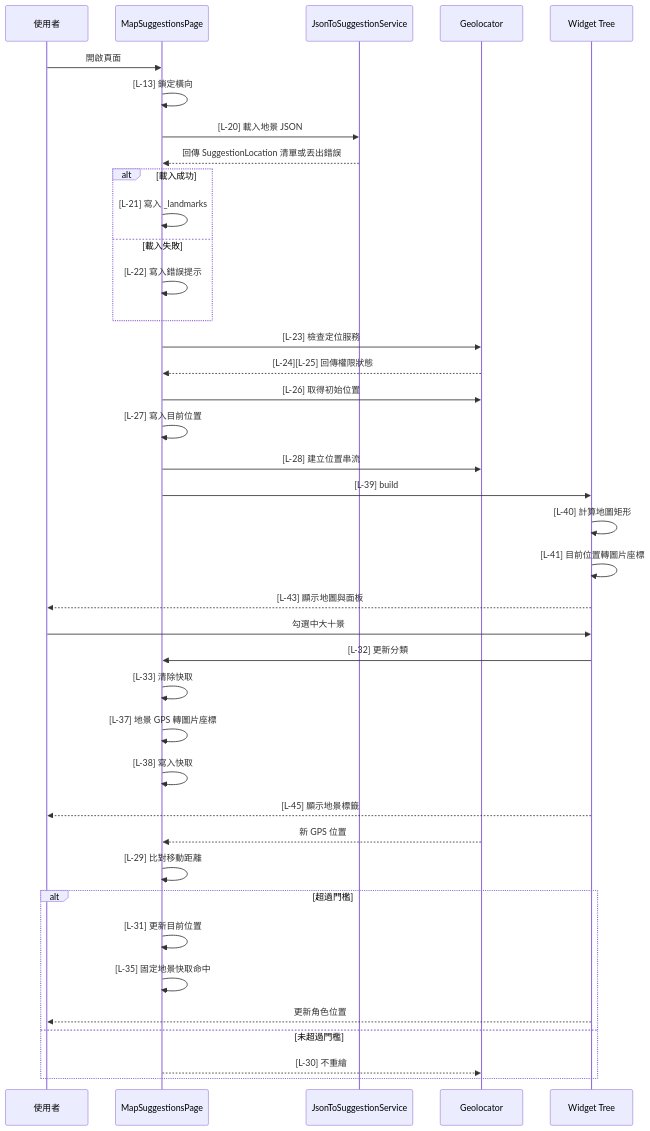
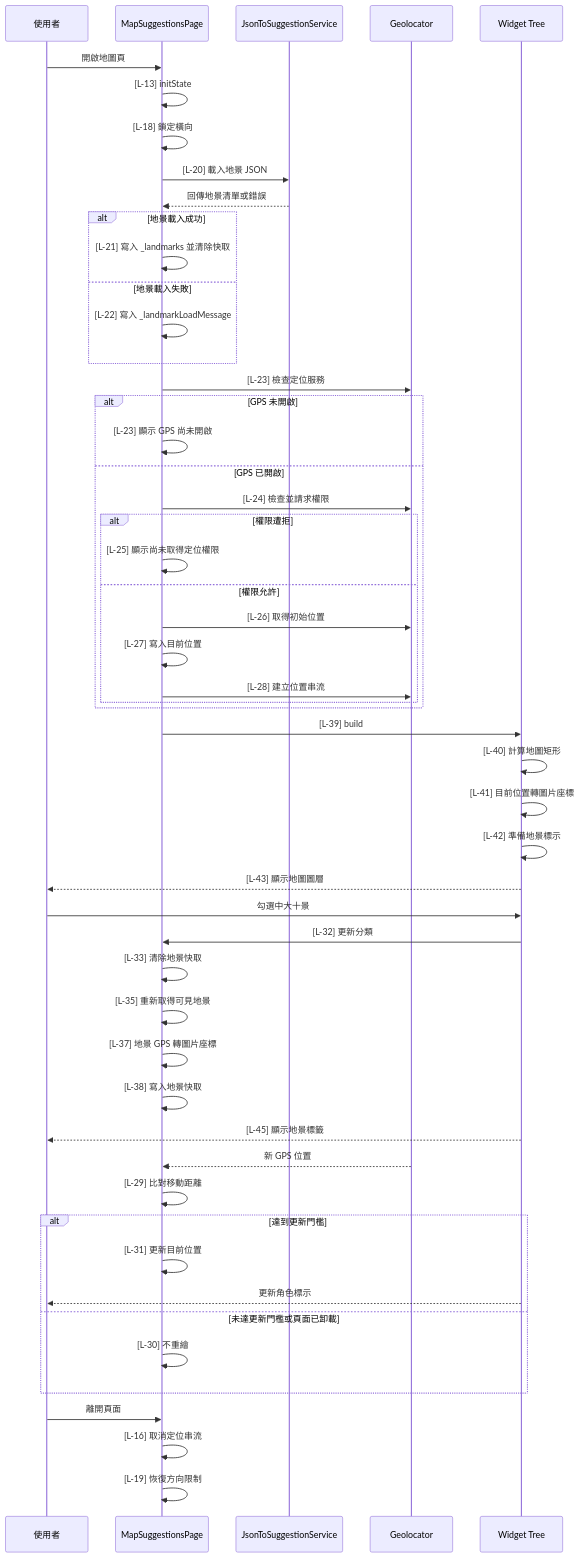
Before and after one commit to Henry-120/Campus-tour: the diagram in campus_tour/test/testMd/map_suggestions.md, drawn with Mermaid. The commit also changed other lines of this file and 3 other files, not shown here.

````diff
--- a/campus_tour/test/testMd/map_suggestions.md
+++ b/campus_tour/test/testMd/map_suggestions.md
@@ -156,44 +135,54 @@
 ```mermaid
 sequenceDiagram
   participant User as 使用者
   participant Page as MapSuggestionsPage
   participant Service as JsonToSuggestionService
   participant GPS as Geolocator
   participant UI as Widget Tree
-
-  User->>Page: 開啟頁面
-  Page->>Page: [L-13] 鎖定橫向
+  User->>Page: 開啟地圖頁
+  Page->>Page: [L-13] initState
+  Page->>Page: [L-18] 鎖定橫向
   Page->>Service: [L-20] 載入地景 JSON
-  Service-->>Page: 回傳 SuggestionLocation 清單或丟出錯誤
-  alt 載入成功
-    Page->>Page: [L-21] 寫入 _landmarks
-  else 載入失敗
-    Page->>Page: [L-22] 寫入錯誤提示
+  Service-->>Page: 回傳地景清單或錯誤
+  alt 地景載入成功
+    Page->>Page: [L-21] 寫入 _landmarks 並清除快取
+  else 地景載入失敗
+    Page->>Page: [L-22] 寫入 _landmarkLoadMessage
   end
   Page->>GPS: [L-23] 檢查定位服務
-  GPS-->>Page: [L-24][L-25] 回傳權限狀態
-  Page->>GPS: [L-26] 取得初始位置
-  Page->>Page: [L-27] 寫入目前位置
-  Page->>GPS: [L-28] 建立位置串流
+  alt GPS 未開啟
+    Page->>Page: [L-23] 顯示 GPS 尚未開啟
+  else GPS 已開啟
+    Page->>GPS: [L-24] 檢查並請求權限
+    alt 權限遭拒
+      Page->>Page: [L-25] 顯示尚未取得定位權限
+    else 權限允許
+      Page->>GPS: [L-26] 取得初始位置
+      Page->>Page: [L-27] 寫入目前位置
+      Page->>GPS: [L-28] 建立位置串流
+    end
+  end
   Page->>UI: [L-39] build
   UI->>UI: [L-40] 計算地圖矩形
   UI->>UI: [L-41] 目前位置轉圖片座標
-  UI-->>User: [L-43] 顯示地圖與面板
-
+  UI->>UI: [L-42] 準備地景標示
+  UI-->>User: [L-43] 顯示地圖圖層
   User->>UI: 勾選中大十景
   UI->>Page: [L-32] 更新分類
-  Page->>Page: [L-33] 清除快取
+  Page->>Page: [L-33] 清除地景快取
+  Page->>Page: [L-35] 重新取得可見地景
   Page->>Page: [L-37] 地景 GPS 轉圖片座標
-  Page->>Page: [L-38] 寫入快取
+  Page->>Page: [L-38] 寫入地景快取
   UI-->>User: [L-45] 顯示地景標籤
-
   GPS-->>Page: 新 GPS 位置
   Page->>Page: [L-29] 比對移動距離
-  alt 超過門檻
+  alt 達到更新門檻
     Page->>Page: [L-31] 更新目前位置
-    Page->>Page: [L-35] 固定地景快取命中
-    UI-->>User: 更新角色位置
-  else 未超過門檻
-    Page-->>GPS: [L-30] 不重繪
+    UI-->>User: 更新角色標示
+  else 未達更新門檻或頁面已卸載
+    Page->>Page: [L-30] 不重繪
   end
+  User->>Page: 離開頁面
+  Page->>Page: [L-16] 取消定位串流
+  Page->>Page: [L-19] 恢復方向限制
 ```
````
